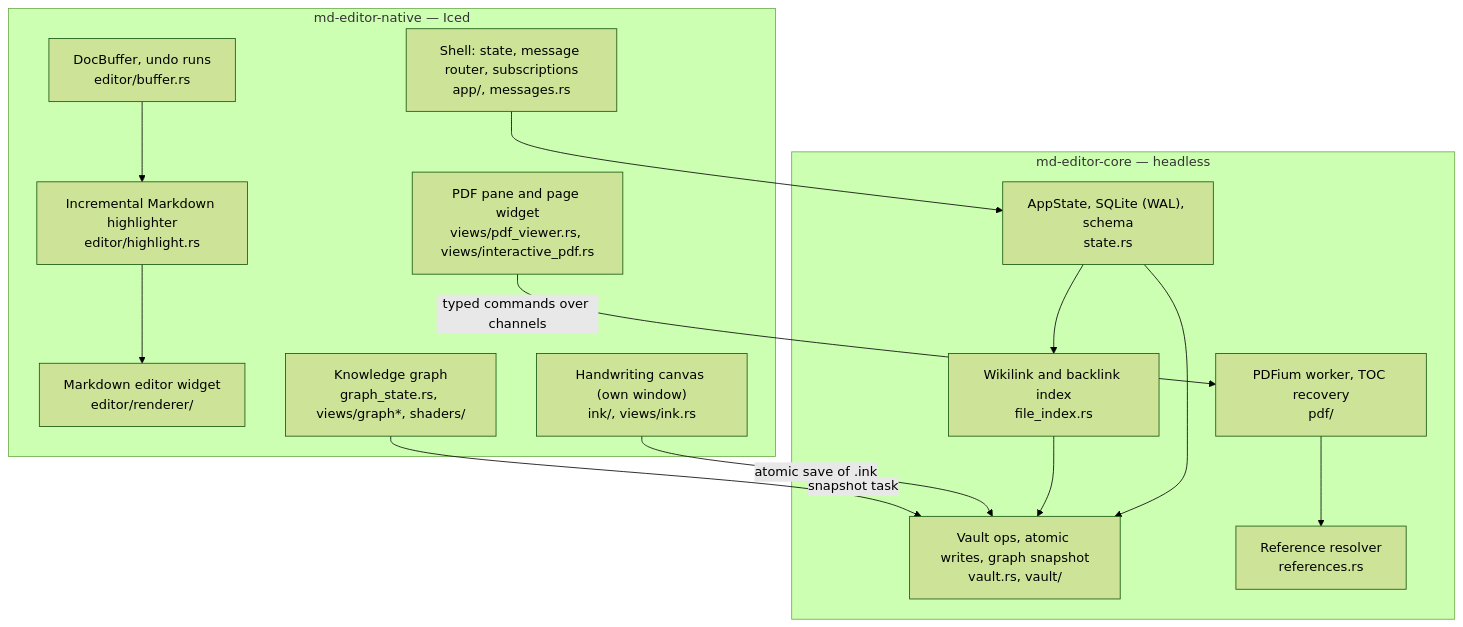
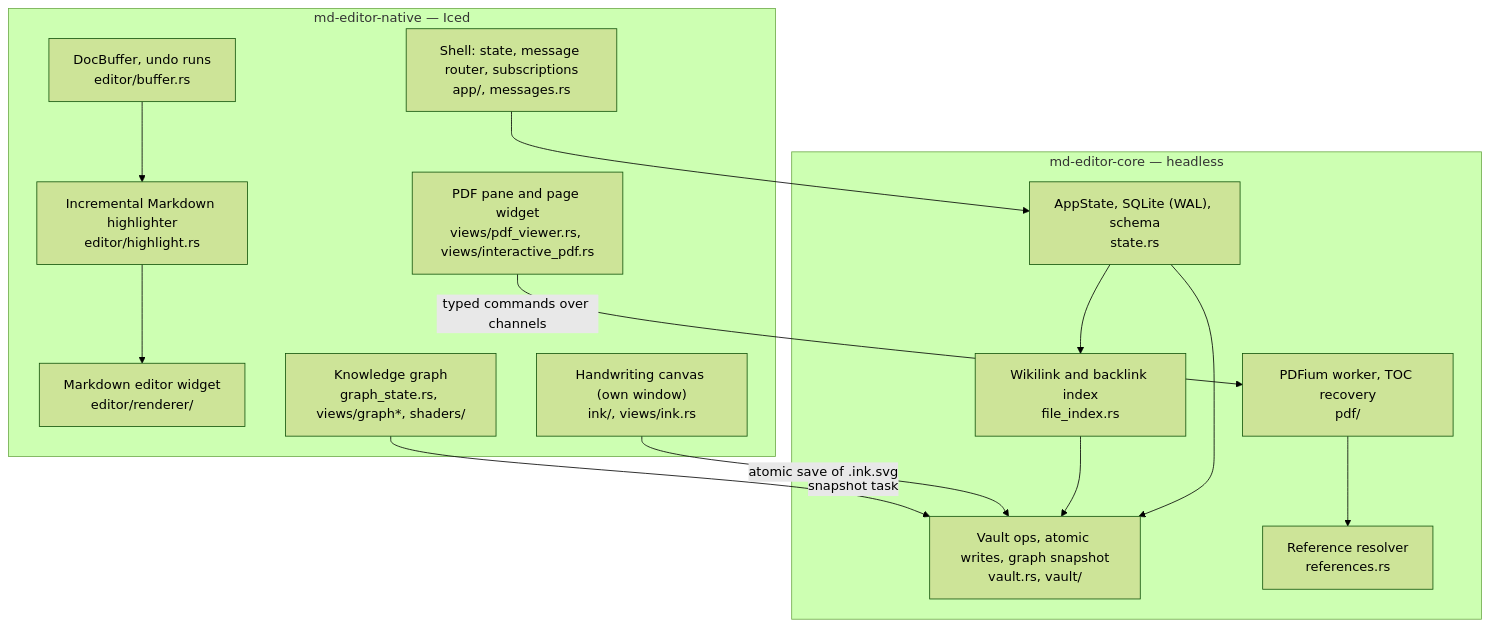
One commit to Suranjan77/md-editor changed the diagram in wiki/Home.md. Above: the diagram before and after it, drawn with Mermaid (forest theme). The commit also changed other lines of this file and 74 other files, not shown here.

````diff
--- a/wiki/Home.md
+++ b/wiki/Home.md
@@ -39,30 +39,30 @@
 ```mermaid
 graph TB
     subgraph UI ["md-editor-native — Iced"]
         App["Shell: state, message router, subscriptions<br/>app/, messages.rs"]
         Widget["Markdown editor widget<br/>editor/renderer/"]
         DocBuf["DocBuffer, undo runs<br/>editor/buffer.rs"]
         Highlighter["Incremental Markdown highlighter<br/>editor/highlight.rs"]
         PDFView["PDF pane and page widget<br/>views/pdf_viewer.rs, views/interactive_pdf.rs"]
         GraphView["Knowledge graph<br/>graph_state.rs, views/graph*, shaders/"]
         Ink["Handwriting canvas (own window)<br/>ink/, views/ink.rs"]
     end
 
     subgraph Core ["md-editor-core — headless"]
         AppState["AppState, SQLite (WAL), schema<br/>state.rs"]
         Vault["Vault ops, atomic writes, graph snapshot<br/>vault.rs, vault/"]
         Index["Wikilink and backlink index<br/>file_index.rs"]
         PDFWorker["PDFium worker, TOC recovery<br/>pdf/"]
         RefScanner["Reference resolver<br/>references.rs"]
     end
 
     App --> AppState
     DocBuf --> Highlighter --> Widget
     PDFView -->|"typed commands over channels"| PDFWorker
     PDFWorker --> RefScanner
     GraphView -->|"snapshot task"| Vault
-    Ink -->|"atomic save of .ink"| Vault
+    Ink -->|"atomic save of .ink.svg"| Vault
     Index --> Vault
     AppState --> Vault
     AppState --> Index
 ```
````
